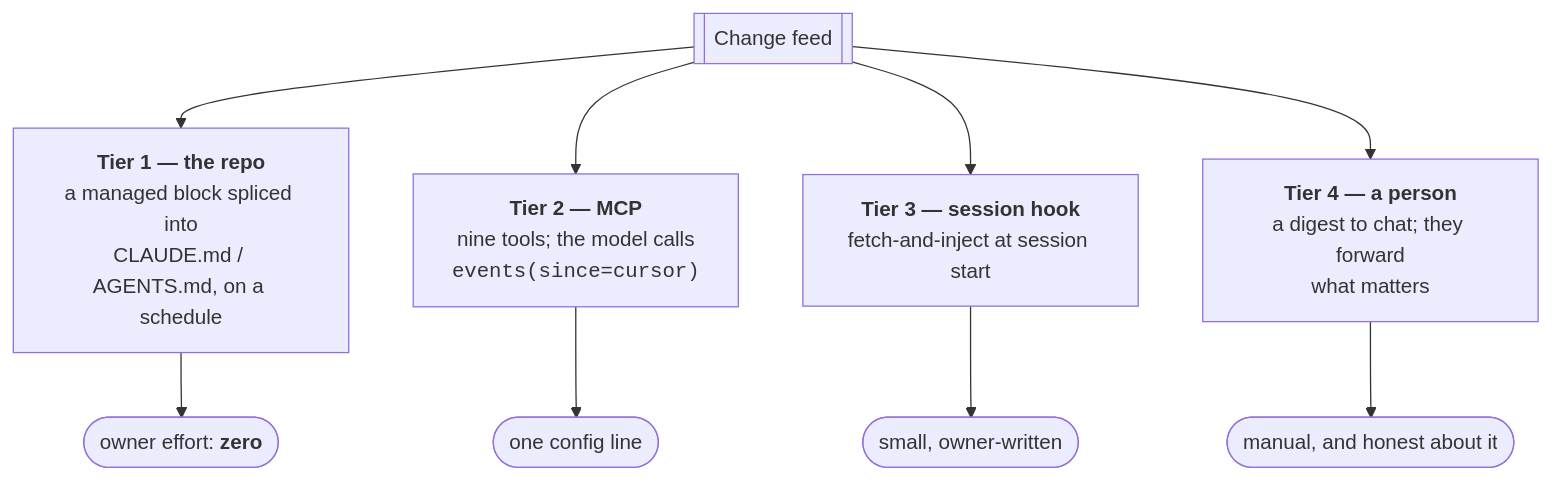
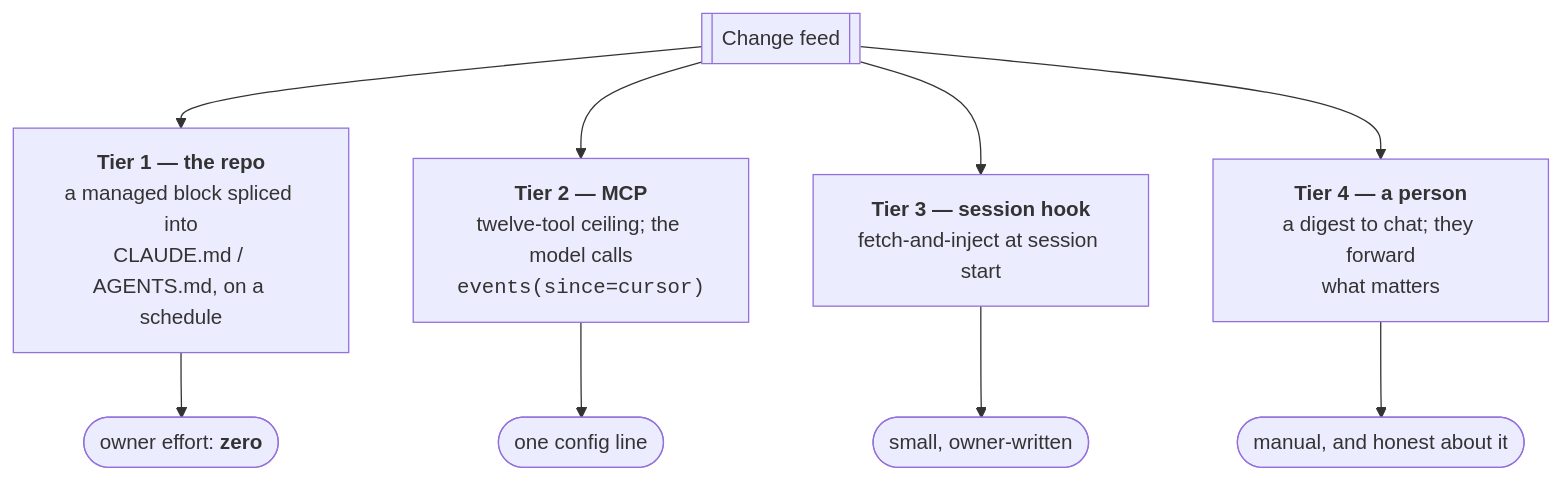
Before and after one commit to agentic-co/agentic-co-hub: the second of 2 diagrams in README.md, drawn with Mermaid. The commit also changed other lines of this file and 3 other files, not shown here.

First line of the commit message:
the tool ceiling moves to twelve, and the count gets a byte budget

````diff
--- a/README.md
+++ b/README.md
@@ -72,14 +72,14 @@
 ```mermaid
 flowchart TD
     feed[["Change feed"]]
 
     feed --> t1["<b>Tier 1 — the repo</b><br/>a managed block spliced into<br/>CLAUDE.md / AGENTS.md, on a schedule"]
-    feed --> t2["<b>Tier 2 — MCP</b><br/>nine tools; the model calls<br/><code>events(since=cursor)</code>"]
+    feed --> t2["<b>Tier 2 — MCP</b><br/>twelve-tool ceiling; the model calls<br/><code>events(since=cursor)</code>"]
     feed --> t3["<b>Tier 3 — session hook</b><br/>fetch-and-inject at session start"]
     feed --> t4["<b>Tier 4 — a person</b><br/>a digest to chat; they forward<br/>what matters"]
 
     t1 --> z1(["owner effort: <b>zero</b>"])
     t2 --> z2(["one config line"])
     t3 --> z3(["small, owner-written"])
     t4 --> z4(["manual, and honest about it"])
 ```
````
